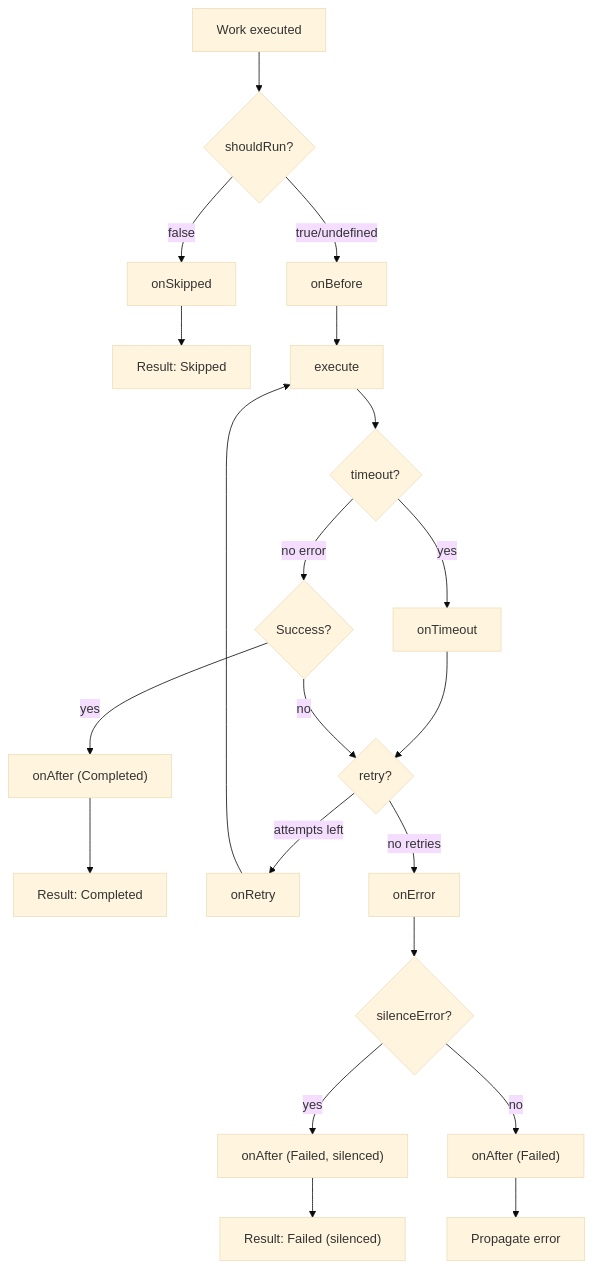
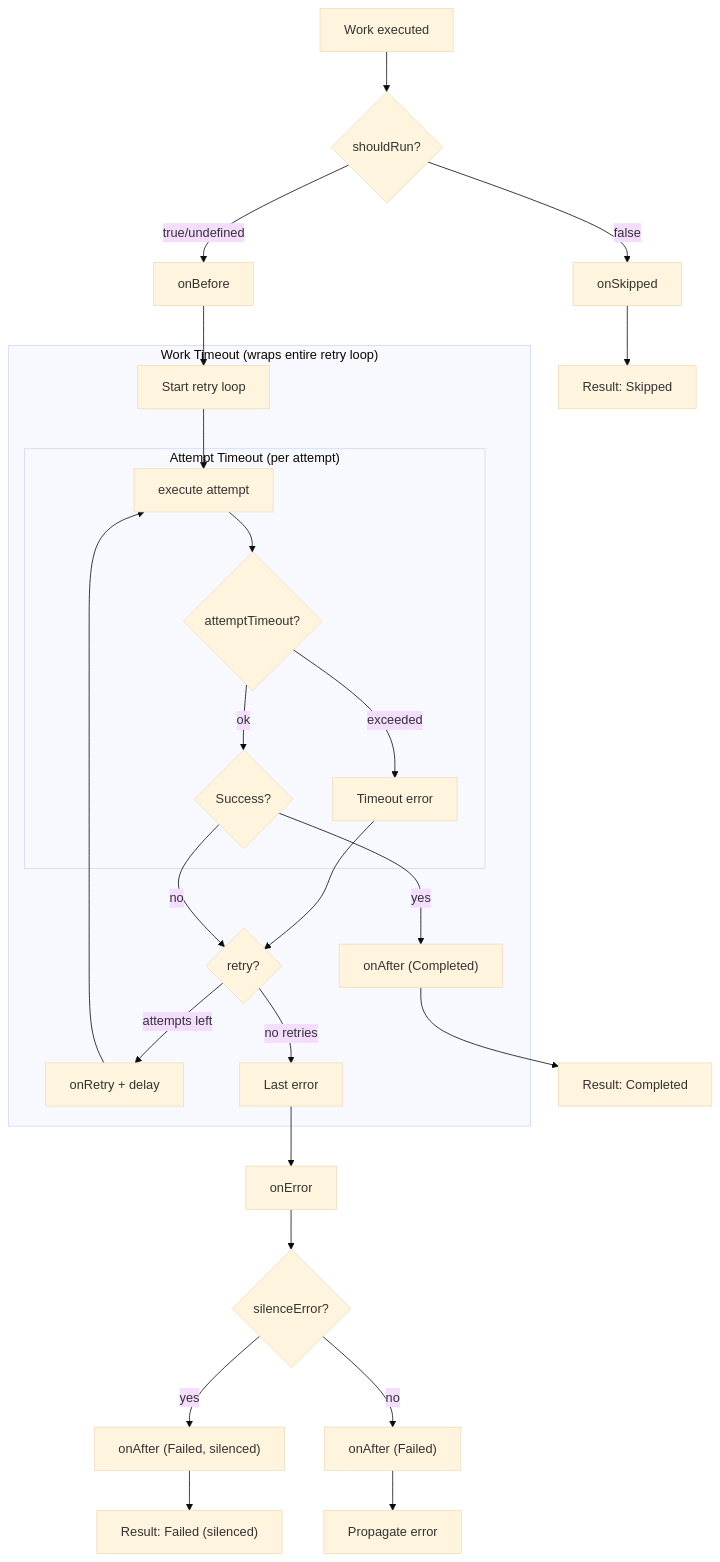
The second of 2 diagrams in README.md (yigitahmetsahin/workflow-ts), drawn with Mermaid (base theme) before and after one commit. The commit also changed other lines of this file and 7 other files, not shown here.

First line of the commit message:
feat: change timeout to work-level, add attemptTimeout in retry options

````diff
--- a/README.md
+++ b/README.md
@@ -319,23 +319,33 @@
 ```mermaid
 flowchart TD
     A[Work executed] --> B{shouldRun?}
     B -->|false| C[onSkipped]
     C --> D["Result: Skipped"]
     B -->|true/undefined| E[onBefore]
-    E --> F[execute]
-    F --> G{timeout?}
-    G -->|yes| H[onTimeout]
-    H --> I{retry?}
-    G -->|no error| J{Success?}
-    J -->|yes| K["onAfter (Completed)"]
-    K --> L["Result: Completed"]
-    J -->|no| I
-    I -->|attempts left| M[onRetry]
-    M --> F
-    I -->|no retries| N[onError]
-    N --> O{silenceError?}
-    O -->|yes| P["onAfter (Failed, silenced)"]
-    P --> Q["Result: Failed (silenced)"]
-    O -->|no| R["onAfter (Failed)"]
-    R --> S[Propagate error]
+    E --> F[Start retry loop]
+
+    subgraph WorkTimeout ["Work Timeout (wraps entire retry loop)"]
+        F --> G[execute attempt]
+
+        subgraph AttemptTimeout ["Attempt Timeout (per attempt)"]
+            G --> H{attemptTimeout?}
+            H -->|exceeded| I[Timeout error]
+            H -->|ok| J{Success?}
+        end
+
+        I --> K{retry?}
+        J -->|yes| L["onAfter (Completed)"]
+        J -->|no| K
+        K -->|attempts left| M[onRetry + delay]
+        M --> G
+        K -->|no retries| N[Last error]
+    end
+
+    L --> O["Result: Completed"]
+    N --> P[onError]
+    P --> Q{silenceError?}
+    Q -->|yes| R["onAfter (Failed, silenced)"]
+    R --> S["Result: Failed (silenced)"]
+    Q -->|no| T["onAfter (Failed)"]
+    T --> U[Propagate error]
 ```
````
